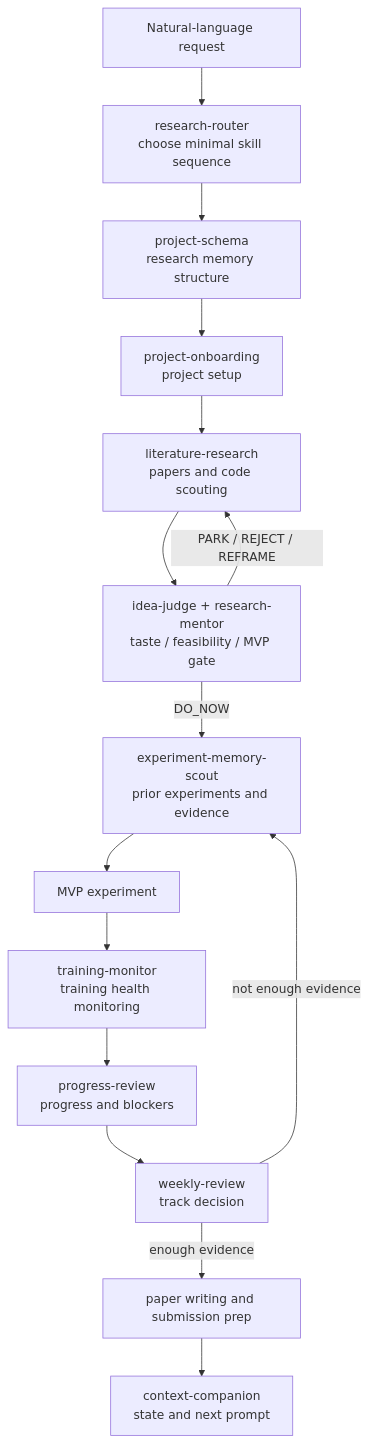
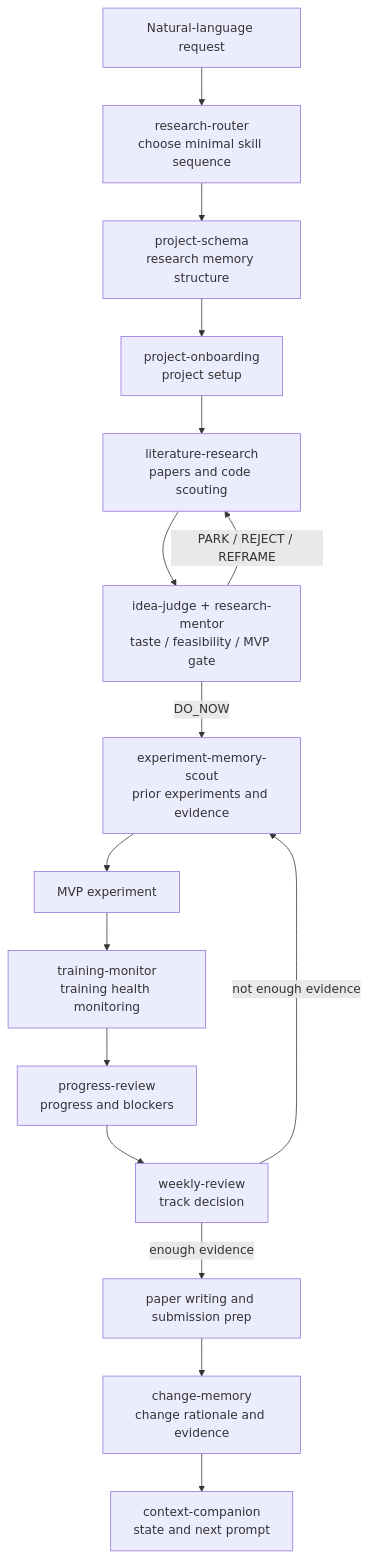
The first of 2 diagrams in README.en.md (zengleilei123/ai-research-companion-codex-plugin), drawn with Mermaid before and after one commit. The commit also changed other lines of this file and 9 other files, not shown here.

````diff
--- a/README.en.md
+++ b/README.en.md
@@ -28,17 +29,18 @@
 ```mermaid
 flowchart TD
     A["Natural-language request"] --> R["research-router<br/>choose minimal skill sequence"]
     R --> S["project-schema<br/>research memory structure"]
     S --> B["project-onboarding<br/>project setup"]
     B --> C["literature-research<br/>papers and code scouting"]
     C --> D["idea-judge + research-mentor<br/>taste / feasibility / MVP gate"]
     D -->|"DO_NOW"| E["experiment-memory-scout<br/>prior experiments and evidence"]
     D -->|"PARK / REJECT / REFRAME"| C
     E --> F["MVP experiment"]
     F --> G["training-monitor<br/>training health monitoring"]
     G --> H["progress-review<br/>progress and blockers"]
     H --> I["weekly-review<br/>track decision"]
     I -->|"enough evidence"| J["paper writing and submission prep"]
     I -->|"not enough evidence"| E
-    J --> K["context-companion<br/>state and next prompt"]
+    J --> K["change-memory<br/>change rationale and evidence"]
+    K --> L["context-companion<br/>state and next prompt"]
 ```
````
